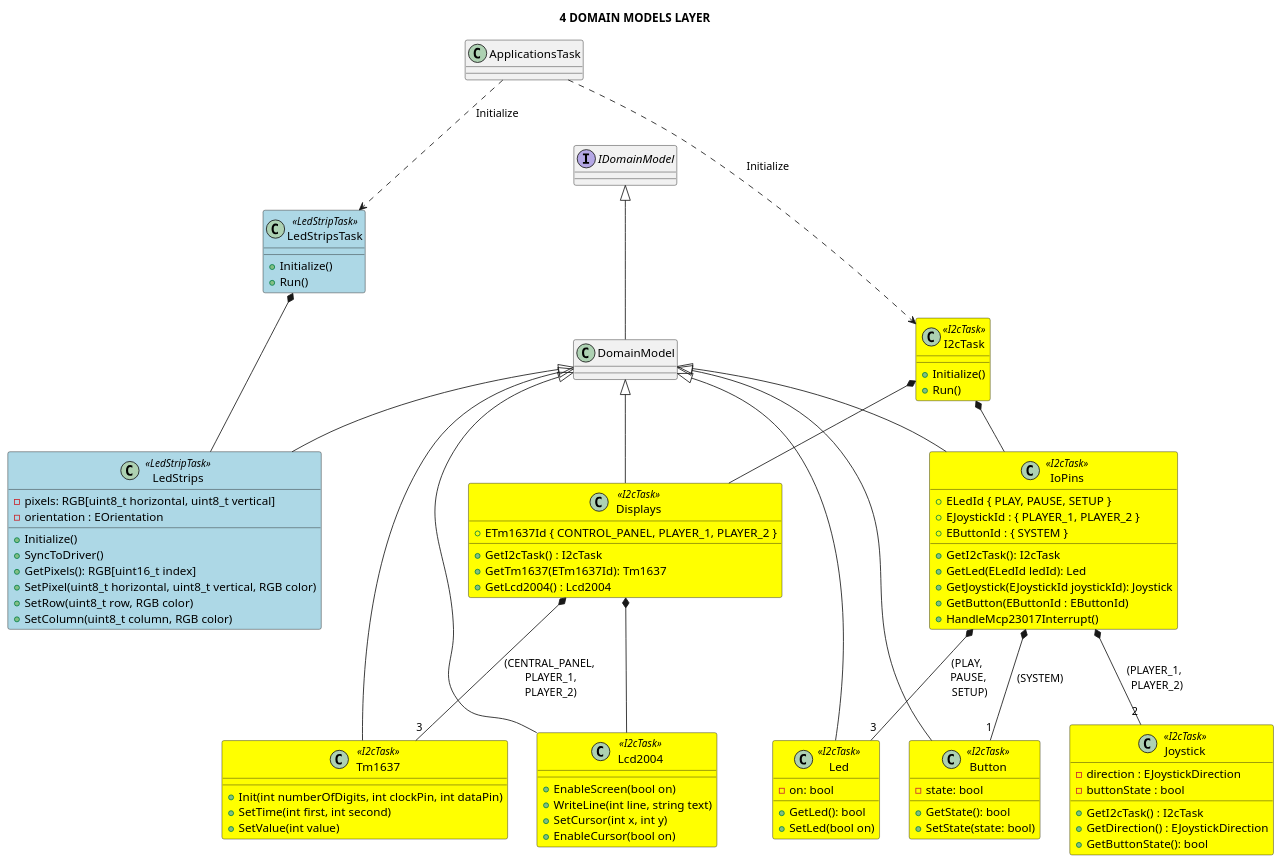
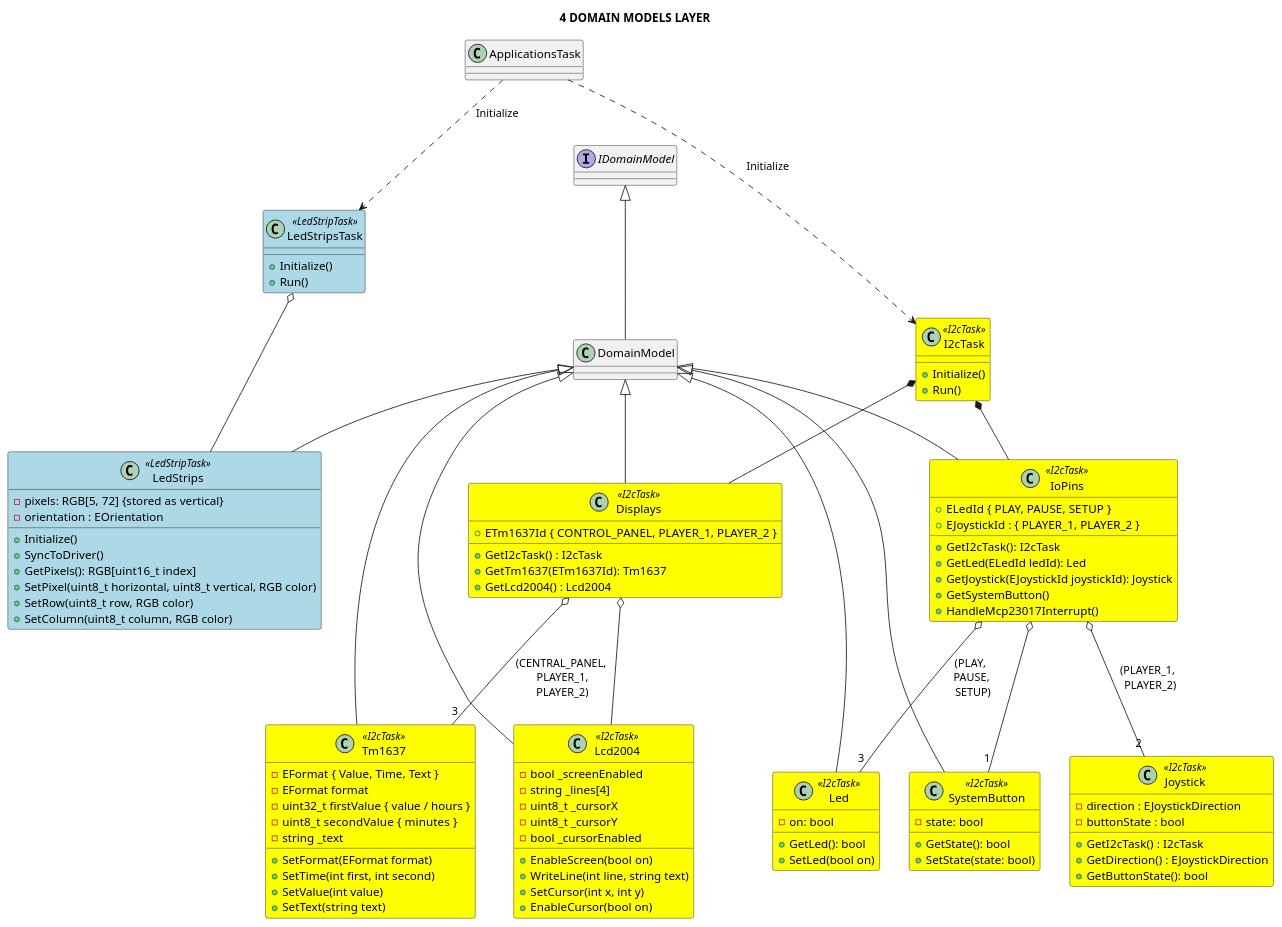
One commit to michelkeijzers/fraxis changed the diagram in Docs/Software Design/Layers/L4_domain_models_layer.puml. Above: the diagram before and after it, drawn with PlantUML. The commit also changed 54 other files, not shown here.

```diff
--- a/Docs/Software Design/Layers/L4_domain_models_layer.puml
+++ b/Docs/Software Design/Layers/L4_domain_models_layer.puml
@@ -1,127 +1,137 @@
 @startuml
 
 title 4 DOMAIN MODELS LAYER
 
 skinparam packageStyle rectangle
 skinparam lineThickness 2
 
 class I2cTask <<I2cTask>> #yellow
 {
     + Initialize()
     + Run()
 }
 
 I2cTask *-- IoPins
 ApplicationsTask ...> I2cTask : Initialize
 
 interface IDomainModel 
 {
 }
 
 class DomainModel 
 {
 }
 
 DomainModel -u-|> IDomainModel
 
 class IoPins <<I2cTask>> #yellow
 {
     + GetI2cTask(): I2cTask
     + ELedId { PLAY, PAUSE, SETUP }
     + EJoystickId : { PLAYER_1, PLAYER_2 }
-    + EButtonId : { SYSTEM }
     + GetLed(ELedId ledId): Led
     + GetJoystick(EJoystickId joystickId): Joystick
-    + GetButton(EButtonId : EButtonId)
+    + GetSystemButton()
     + HandleMcp23017Interrupt()
 }
 
 IoPins -u-|> DomainModel
 
 class Joystick  <<I2cTask>> #yellow
 {
     - direction : EJoystickDirection
     - buttonState : bool
     + GetI2cTask() : I2cTask
     + GetDirection() : EJoystickDirection
     + GetButtonState(): bool
 }
 
-IoPins *-- "2" Joystick : (PLAYER_1, \n PLAYER_2)
+IoPins o-- "2" Joystick : (PLAYER_1, \n PLAYER_2)
 
-class Button <<I2cTask>> #yellow
+class SystemButton <<I2cTask>> #yellow
 {
     - state: bool 
     + GetState(): bool 
     + SetState(state: bool) 
 }
 
-Button -u-|> DomainModel
-IoPins *-- "1" Button : (SYSTEM)
+SystemButton -u-|> DomainModel
+IoPins o-- "1" SystemButton 
 
 class Displays <<I2cTask>> #yellow
 {
     + GetI2cTask() : I2cTask
     + ETm1637Id { CONTROL_PANEL, PLAYER_1, PLAYER_2 }
     + GetTm1637(ETm1637Id): Tm1637
     + GetLcd2004() : Lcd2004
 }
 
 Displays -u-|> DomainModel
 I2cTask *-- Displays
 
 class Led <<I2cTask>> #yellow
 {
     - on: bool
     + GetLed(): bool
     + SetLed(bool on)
 }
 
 Led -u-|> DomainModel
-IoPins *-- "3" Led : (PLAY, \n PAUSE, \n SETUP)
+IoPins o-- "3" Led : (PLAY, \n PAUSE, \n SETUP)
 
 class Lcd2004 <<I2cTask>> #yellow
 {
+    - bool _screenEnabled
+    - string _lines[4]
+    - uint8_t _cursorX
+    - uint8_t _cursorY
+    - bool _cursorEnabled
     + EnableScreen(bool on)
     + WriteLine(int line, string text)
     + SetCursor(int x, int y)
     + EnableCursor(bool on)
 }
 
 Lcd2004 -u-|> DomainModel
-Displays *-- Lcd2004
+Displays o-- Lcd2004
 
 class Tm1637 <<I2cTask>> #yellow
 {
-    + Init(int numberOfDigits, int clockPin, int dataPin)
+    - EFormat { Value, Time, Text }
+    - EFormat format
+    - uint32_t firstValue { value / hours }
+    - uint8_t secondValue  { minutes }
+    - string _text
+    + SetFormat(EFormat format)
     + SetTime(int first, int second) 
     + SetValue(int value)
+    + SetText(string text)
 }
 
 Tm1637 -u-|> DomainModel
-Displays *-- "3" Tm1637 : (CENTRAL_PANEL,\n PLAYER_1,\n PLAYER_2)
+Displays o-- "3" Tm1637 : (CENTRAL_PANEL,\n PLAYER_1,\n PLAYER_2)
 
 class LedStripsTask <<LedStripTask>> #lightblue
 {
     + Initialize()
     + Run()
 }
 
 ApplicationsTask ..> LedStripsTask : Initialize
 
 class LedStrips  <<LedStripTask>> #lightblue
 {
-    - pixels: RGB[uint8_t horizontal, uint8_t vertical]
+    - pixels: RGB[5, 72] {stored as vertical}
     - orientation : EOrientation
     + Initialize()
     + SyncToDriver()
     + GetPixels(): RGB[uint16_t index]
     + SetPixel(uint8_t horizontal, uint8_t vertical, RGB color)
     + SetRow(uint8_t row, RGB color)
     + SetColumn(uint8_t column, RGB color)
 }
 
 LedStrips -u-|> DomainModel
-LedStripsTask *- LedStrips
+LedStripsTask o- LedStrips
 
 @enduml
```
